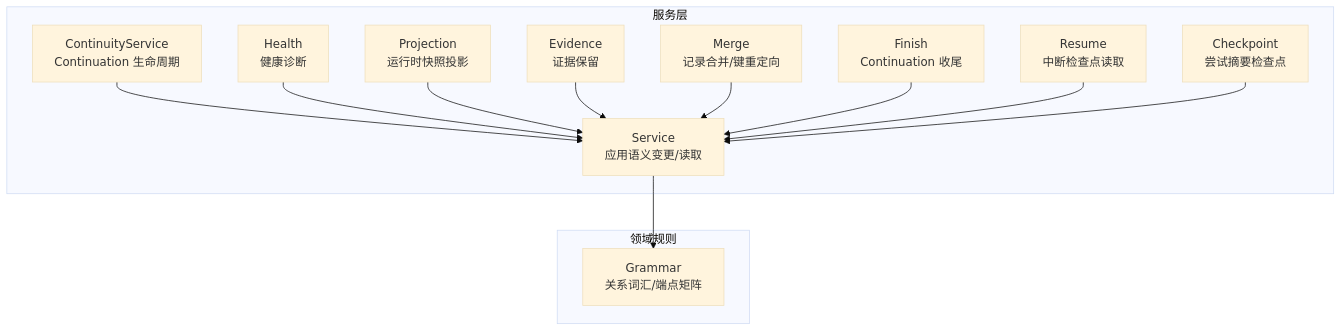
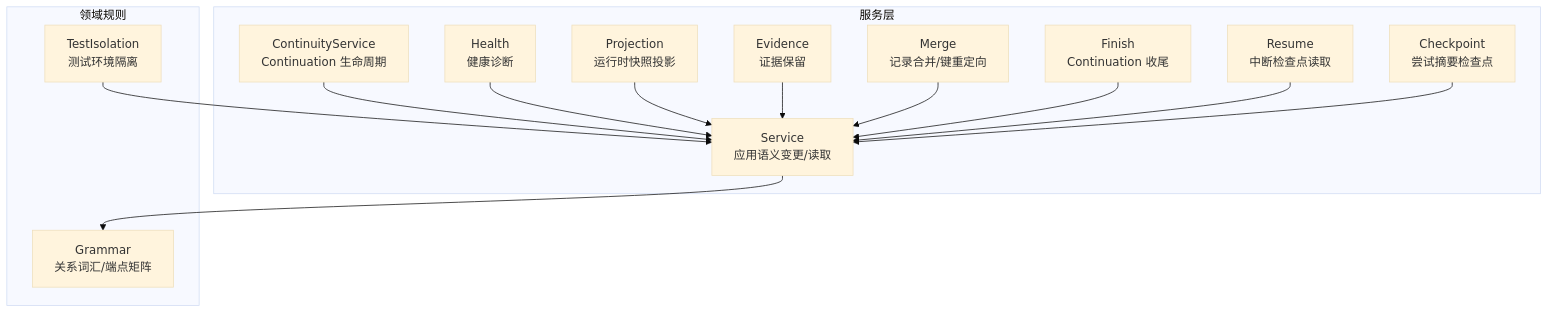
Before and after one commit to n1majne3/CyberPenda: the first of 10 diagrams in .qoder/repowiki/zh/content/核心架构/记忆平面 - Blackboard v2/记忆平面 - Blackboard v2.md, drawn with Mermaid (base theme). The commit also changed other lines of this file and 159 other files, not shown here.

````diff
--- a/.qoder/repowiki/zh/content/核心架构/记忆平面 - Blackboard v2/记忆平面 - Blackboard v2.md
+++ b/.qoder/repowiki/zh/content/核心架构/记忆平面 - Blackboard v2/记忆平面 - Blackboard v2.md
@@ -35,26 +44,28 @@
 ```mermaid
 graph TB
 subgraph "服务层"
 S["Service<br/>应用语义变更/读取"]
 C["ContinuityService<br/>Continuation 生命周期"]
 H["Health<br/>健康诊断"]
 P["Projection<br/>运行时快照投影"]
 E["Evidence<br/>证据保留"]
 M["Merge<br/>记录合并/键重定向"]
 F["Finish<br/>Continuation 收尾"]
 R["Resume<br/>中断检查点读取"]
 K["Checkpoint<br/>尝试摘要检查点"]
 end
 subgraph "领域规则"
 G["Grammar<br/>关系词汇/端点矩阵"]
+T["TestIsolation<br/>测试环境隔离"]
 end
 S --> G
 C --> S
 H --> S
 P --> S
 E --> S
 M --> S
 F --> S
 R --> S
 K --> S
+T --> S
 ```
````
